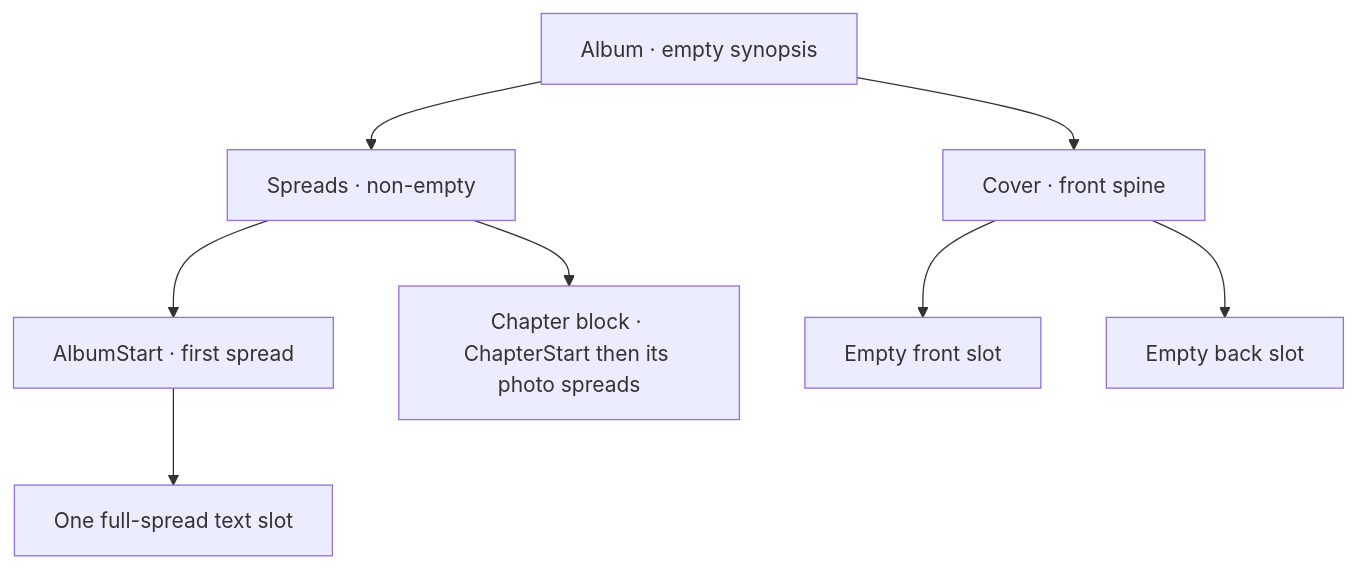
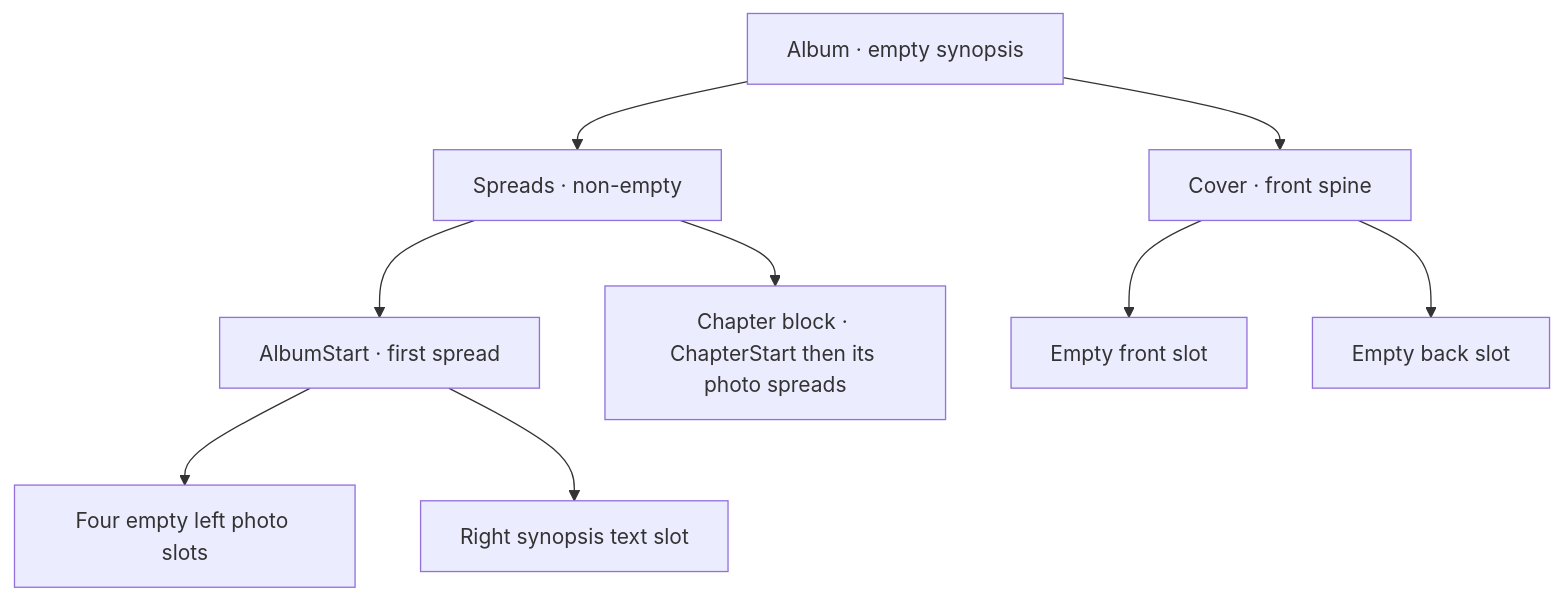
One commit to Shepherd-s-Den/photography changed the diagram in specs/changes/album-dashboard-and-open/proposal.md. Above: the diagram before and after it, drawn with Mermaid. The commit also changed other lines of this file and 24 other files, not shown here.

````diff
--- a/specs/changes/album-dashboard-and-open/proposal.md
+++ b/specs/changes/album-dashboard-and-open/proposal.md
@@ -49,10 +48,11 @@
 ```mermaid
 flowchart TD
 Album["Album · empty synopsis"] --> Spreads["Spreads · non-empty"]
 Spreads --> Start["AlbumStart · first spread"]
-Start --> TextSlot["One full-spread text slot"]
+Start --> PhotoSlot["Four empty left photo slots"]
+Start --> TextSlot["Right synopsis text slot"]
 Spreads --> Chapter["Chapter block · ChapterStart then its photo spreads"]
 Album --> Cover["Cover · front spine"]
 Cover --> Front["Empty front slot"]
 Cover --> Back["Empty back slot"]
 ```
````
